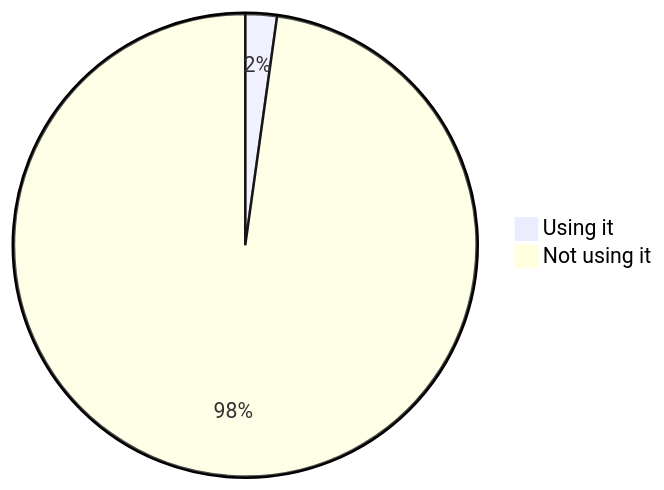
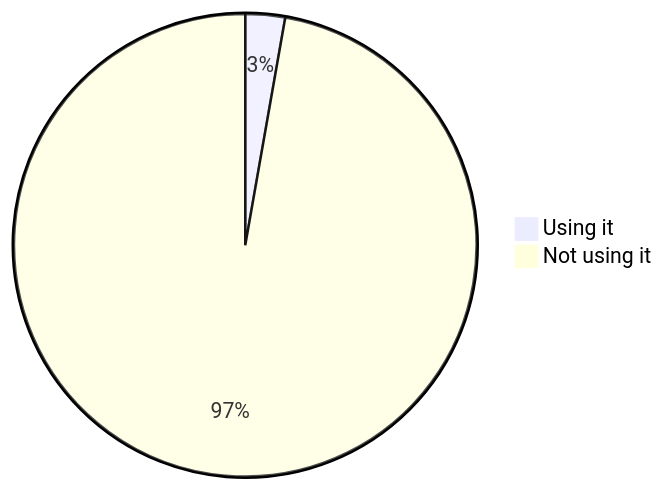
One commit to oshp/oshp-stats changed diagram 17 of 22 in stats.md. Above: the diagram before and after it, drawn with Mermaid. The commit also changed other lines of this file, not shown here.

````diff
--- a/stats.md
+++ b/stats.md
@@ -202,6 +202,6 @@
 ```mermaid
 pie
-	"Using it" : 2.2
-	"Not using it" : 97.8
+	"Using it" : 2.77
+	"Not using it" : 97.23
 
 ```
````
